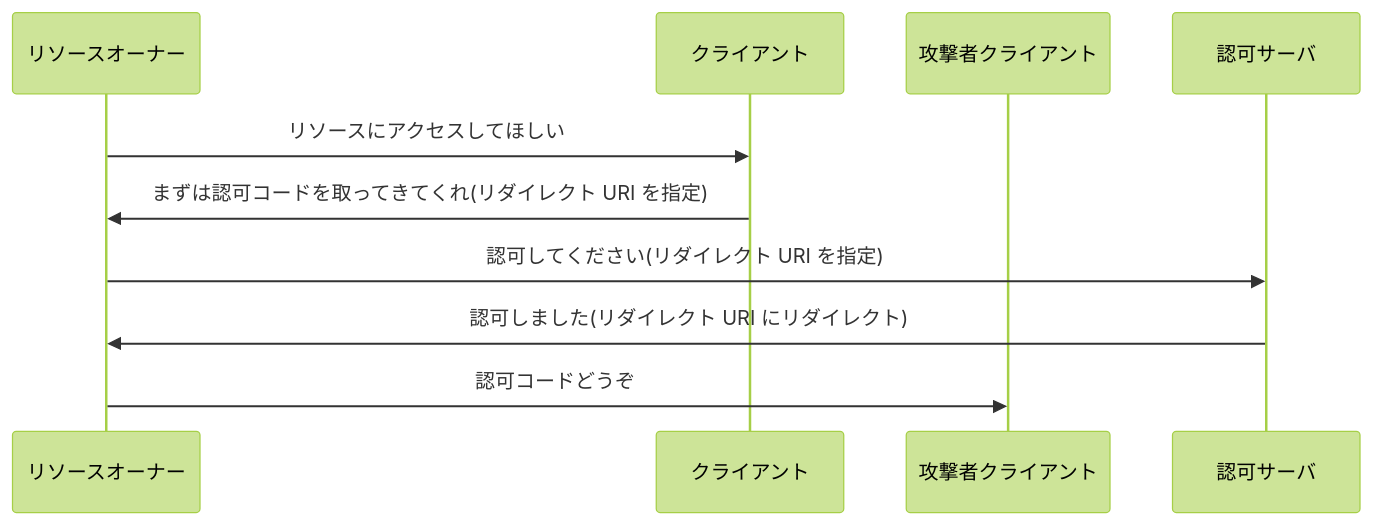
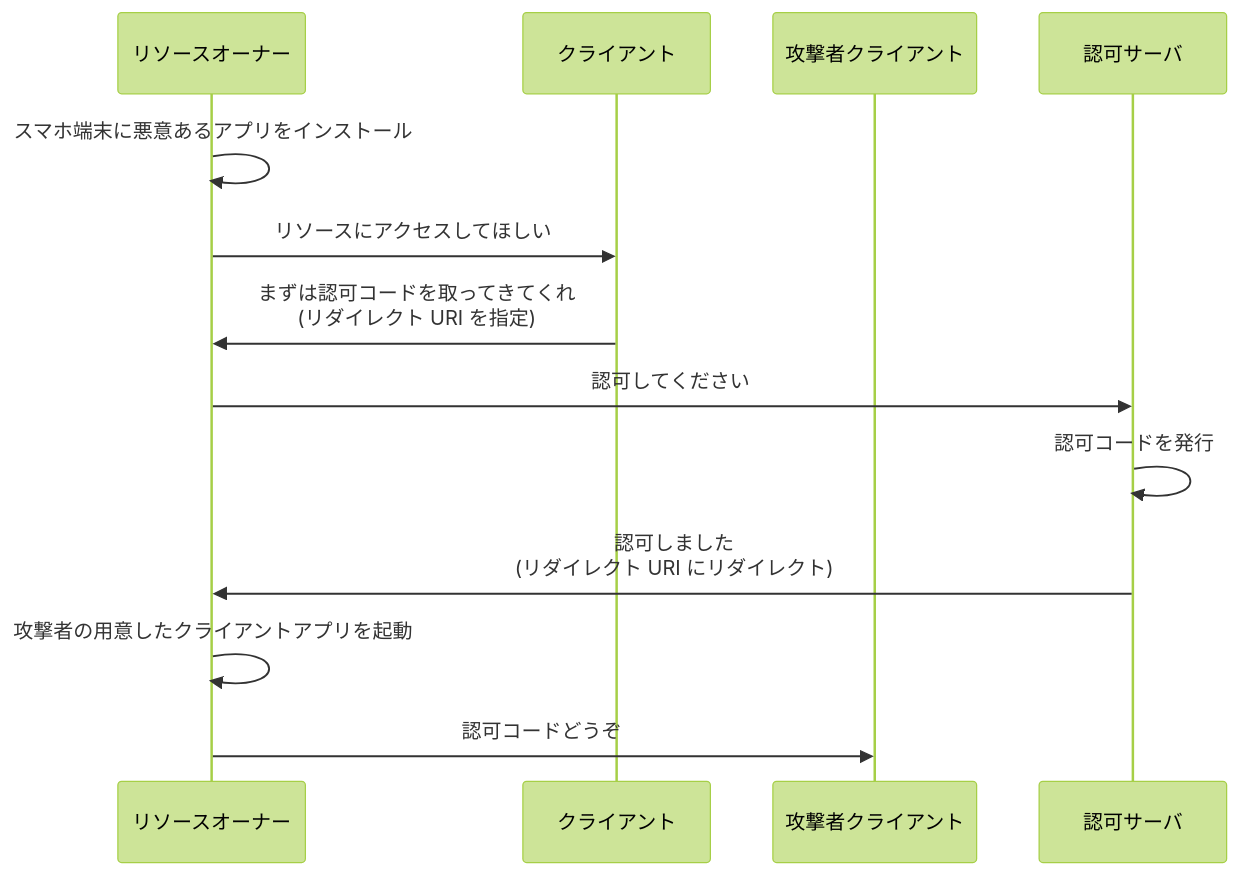
Before and after one commit to calloc134/zenn-dir: the sixth of 20 diagrams in articles/5e8da6c491e720.md, drawn with Mermaid (forest theme). The commit also changed other lines of this file, not shown here.

````diff
--- a/articles/5e8da6c491e720.md
+++ b/articles/5e8da6c491e720.md
@@ -920,13 +918,16 @@
 ```mermaid
 sequenceDiagram
     participant リソースオーナー
     participant クライアント
     participant 攻撃者クライアント
     participant 認可サーバ
 
+    リソースオーナー->>リソースオーナー: スマホ端末に悪意あるアプリをインストール
     リソースオーナー->>クライアント: リソースにアクセスしてほしい
-    クライアント->>リソースオーナー: まずは認可コードを取ってきてくれ(リダイレクト URI を指定)
-    リソースオーナー->>認可サーバ: 認可してください(リダイレクト URI を指定)
-    認可サーバ->>リソースオーナー: 認可しました(リダイレクト URI にリダイレクト)
+    クライアント->>リソースオーナー: まずは認可コードを取ってきてくれ<br>(リダイレクト URI を指定)
+    リソースオーナー->>認可サーバ: 認可してください
+    認可サーバ->>認可サーバ: 認可コードを発行
+    認可サーバ->>リソースオーナー: 認可しました<br>(リダイレクト URI にリダイレクト)
+    リソースオーナー->>リソースオーナー: 攻撃者の用意したクライアントアプリを起動
     リソースオーナー->>攻撃者クライアント: 認可コードどうぞ
 ```
````
